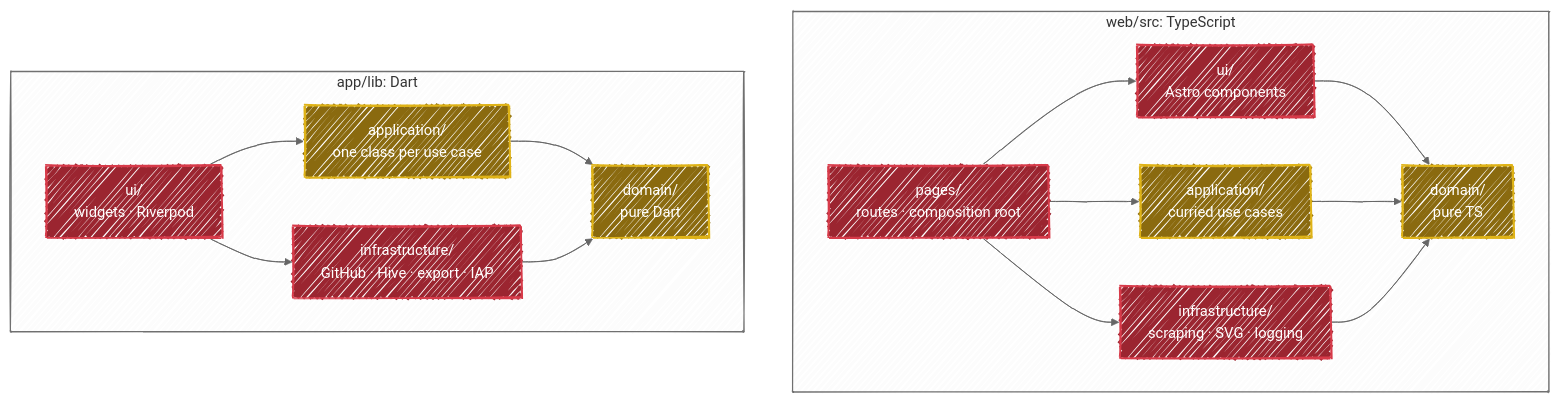
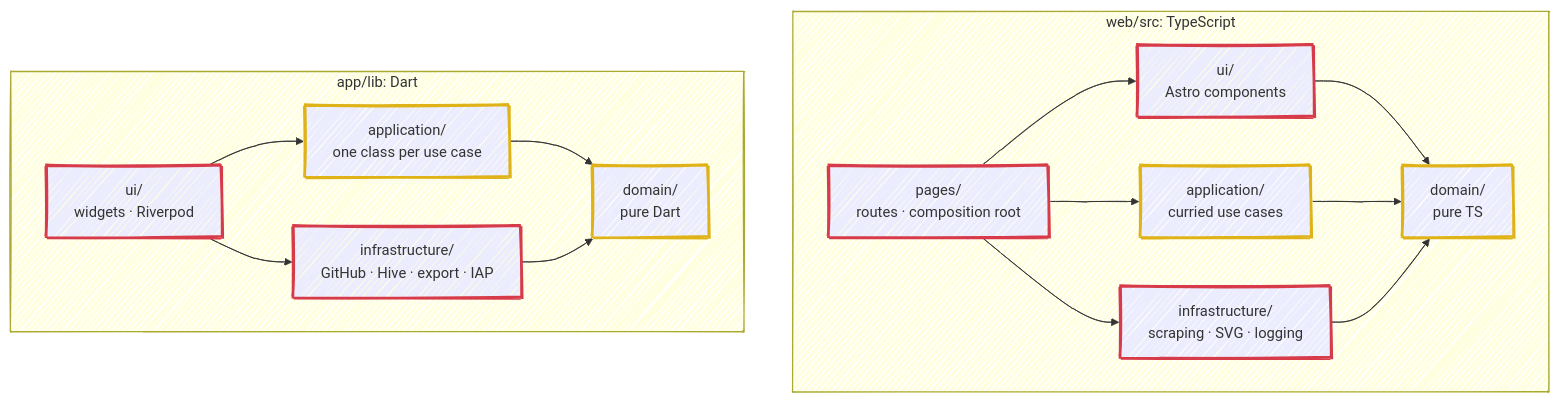
Before and after one commit to fbuireu/contribKit: the second of 2 diagrams in ARCHITECTURE.md, drawn with Mermaid. The commit also changed other lines of this file and 6 other files, not shown here.

First line of the commit message:
docs: make handDrawn diagrams readable in both colour modes

````diff
--- a/ARCHITECTURE.md
+++ b/ARCHITECTURE.md
@@ -69,28 +68,27 @@
 ```mermaid
 ---
 config:
   look: handDrawn
-  theme: neutral
 ---
 flowchart TD
     subgraph W["web/src: TypeScript"]
         wpages["pages/<br/>routes · composition root"] --> wui["ui/<br/>Astro components"]
         wpages --> wapp["application/<br/>curried use cases"]
         wpages --> winfra["infrastructure/<br/>scraping · SVG · logging"]
         wui --> wdom["domain/<br/>pure TS"]
         wapp --> wdom
         winfra --> wdom
     end
 
     subgraph A["app/lib: Dart"]
         aui["ui/<br/>widgets · Riverpod"] --> aapp["application/<br/>one class per use case"]
         aui --> ainfra["infrastructure/<br/>GitHub · Hive · export · IAP"]
         aapp --> adom["domain/<br/>pure Dart"]
         ainfra --> adom
     end
 
-    classDef pure fill:#8a6a0f,stroke:#dfb317,stroke-width:2px,color:#fff
-    classDef shell fill:#9b2530,stroke:#d73a49,stroke-width:2px,color:#fff
+    classDef pure stroke:#dfb317,stroke-width:3px
+    classDef shell stroke:#d73a49,stroke-width:3px
     class wdom,wapp,adom,aapp pure
     class wpages,wui,winfra,aui,ainfra shell
 ```
````
